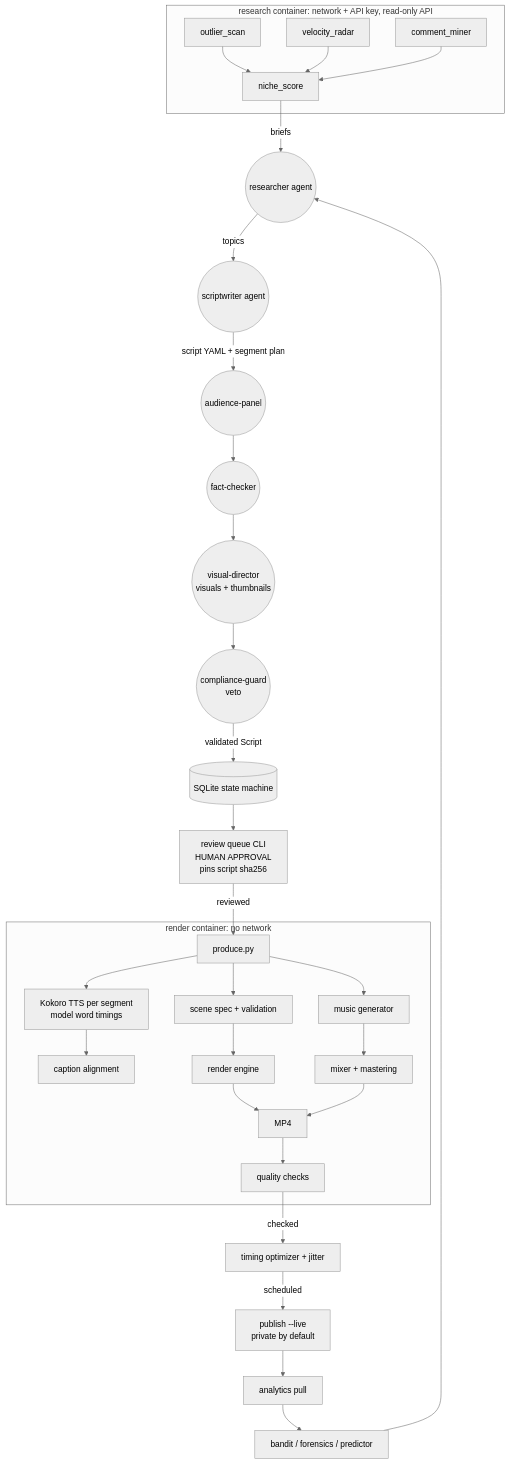
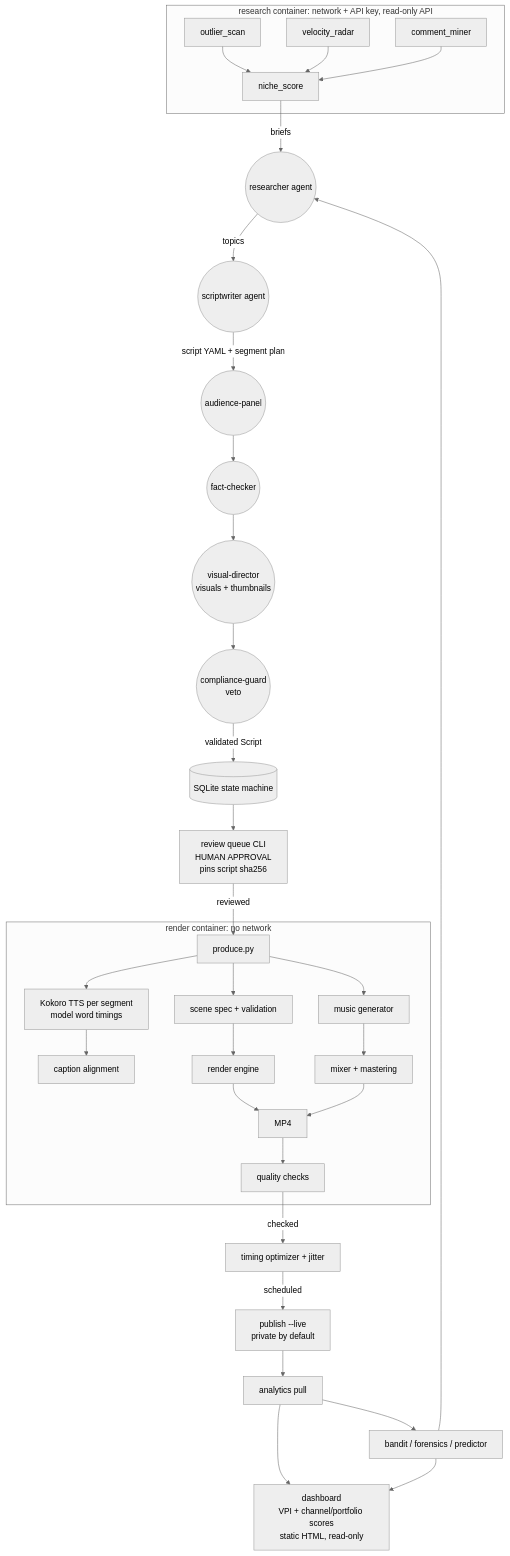
The first of 2 diagrams in docs/ARCHITECTURE.md (Brandon-Allshouse/YouTube-Automation), drawn with Mermaid (neutral theme) before and after one commit. The commit also changed other lines of this file and 25 other files, not shown here.

First line of the commit message:
feat(dashboard): portfolio dashboard with algorithmic success scoring

````diff
--- a/docs/ARCHITECTURE.md
+++ b/docs/ARCHITECTURE.md
@@ -8,30 +8,32 @@
 ```mermaid
 flowchart TD
   subgraph Research [research container: network + API key, read-only API]
     OS[outlier_scan] --> NS[niche_score]
     VR[velocity_radar] --> NS
     CM[comment_miner] --> NS
   end
   NS -->|briefs| R((researcher agent))
   R -->|topics| SW((scriptwriter agent))
   SW -->|script YAML + segment plan| AP((audience-panel))
   AP --> FC((fact-checker))
   FC --> VD((visual-director<br/>visuals + thumbnails))
   VD --> CG((compliance-guard<br/>veto))
   CG -->|validated Script| DB[(SQLite state machine)]
   DB --> RQ[review queue CLI<br/>HUMAN APPROVAL<br/>pins script sha256]
   RQ -->|reviewed| P[produce.py]
   subgraph Render [render container: no network]
     P --> TTS[Kokoro TTS per segment<br/>model word timings]
     TTS --> CAP[caption alignment]
     P --> SPEC[scene spec + validation]
     P --> MUS[music generator] --> MIX[mixer + mastering]
     SPEC --> ENG[render engine] --> MP4[MP4]
     MIX --> MP4
     MP4 --> QC[quality checks]
   end
   QC -->|checked| SCH[timing optimizer + jitter]
   SCH -->|scheduled| PUB[publish --live<br/>private by default]
   PUB --> AN[analytics pull] --> LRN[bandit / forensics / predictor]
   LRN --> R
+  AN --> DASH[dashboard<br/>VPI + channel/portfolio scores<br/>static HTML, read-only]
+  LRN --> DASH
 ```
````
